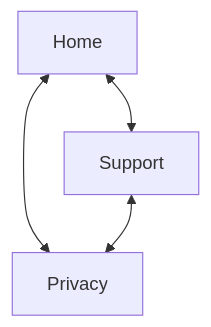
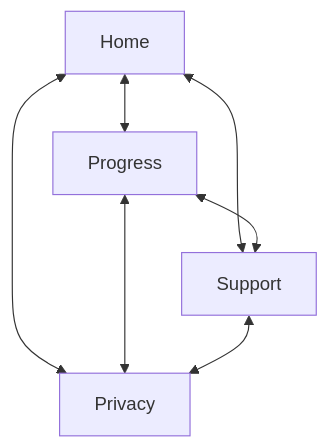
Before and after one commit to babyQuail/habit-trail: the first of 2 diagrams in README.md, drawn with Mermaid. The commit also changed other lines of this file and 9 other files, not shown here.

````diff
--- a/README.md
+++ b/README.md
@@ -50,6 +50,9 @@
 ```mermaid
 flowchart TD
+    Home <--> Progress
     Home <--> Support
     Home <--> Privacy
+    Progress <--> Support
+    Progress <--> Privacy
     Support <--> Privacy
 ```
````
